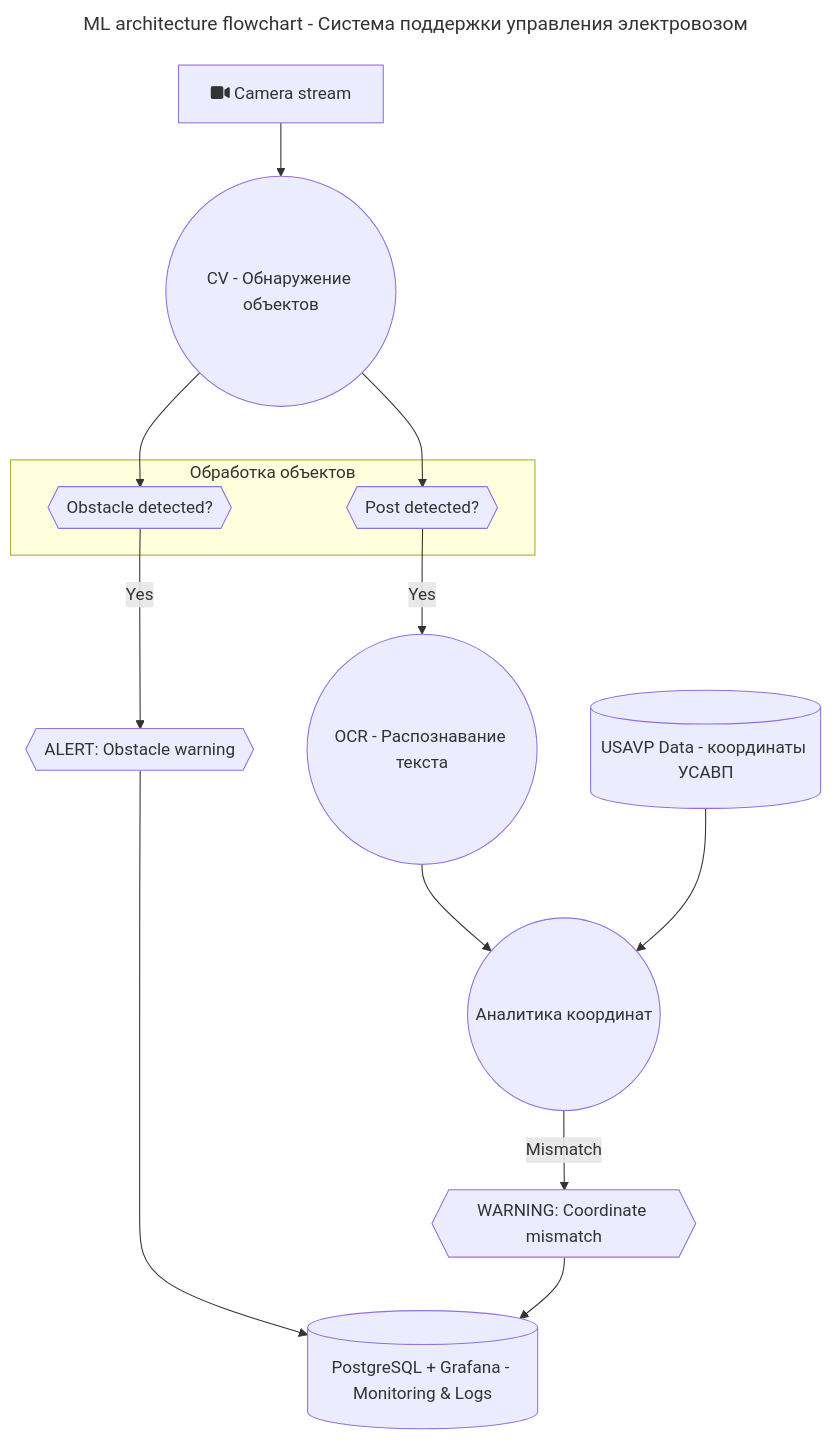
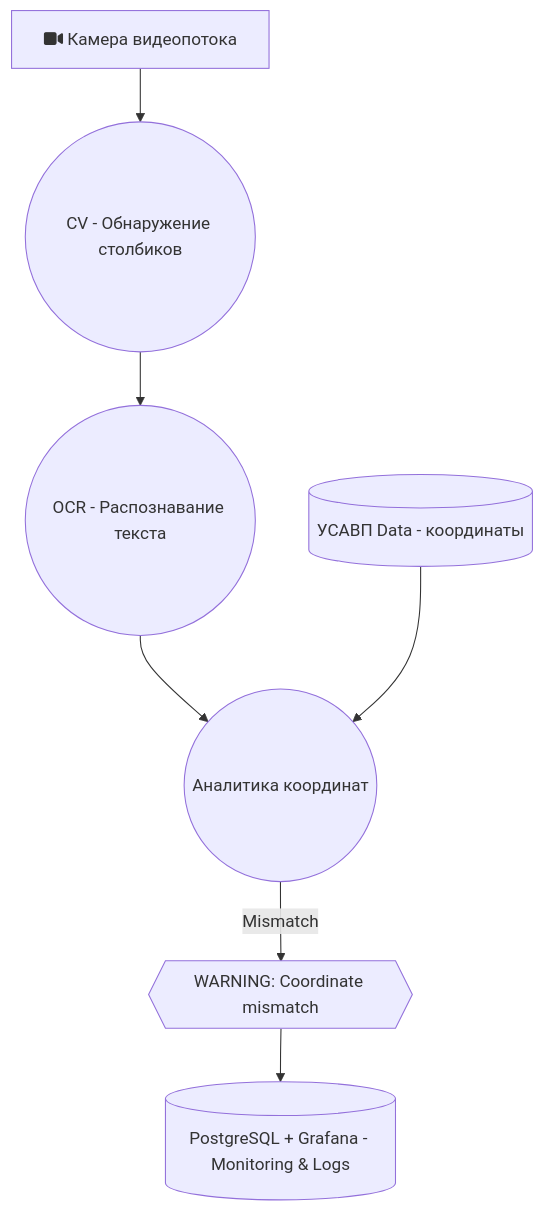
The diagram in docs/ml_system_design_doc.md (erofdmit/ml-system-design-aith), drawn with Mermaid before and after one commit. The commit also changed other lines of this file, not shown here.

````diff
--- a/docs/ml_system_design_doc.md
+++ b/docs/ml_system_design_doc.md
@@ -60,38 +53,14 @@
 ```mermaid
----
-title: ML architecture flowchart - Система поддержки управления электровозом
----
-
 flowchart TD
-    camera[fa:fa-video Camera stream]
-    detection_model((CV - Обнаружение объектов))
-    
-    subgraph Обработка объектов
-        detect_obstacle{{Obstacle detected?}}
-        detect_post{{Post detected?}}
-    end
-
+    camera[fa:fa-video Камера видеопотока]
+    detection_model((CV - Обнаружение столбиков))
     ocr_model((OCR - Распознавание текста))
-    usavp_data[(USAVP Data - координаты УСАВП)]
+    usavp_data[(УСАВП Data - координаты)]
     analysis((Аналитика координат))
-    
-    alert_obstacle{{ALERT: Obstacle warning}}
     alert_mismatch{{WARNING: Coordinate mismatch}}
-
     monitoring[(PostgreSQL + Grafana - Monitoring & Logs)]
 
-    camera --> detection_model
-    detection_model --> detect_obstacle
-    detection_model --> detect_post
-
-    detect_obstacle -- Yes --> alert_obstacle
-    alert_obstacle --> monitoring
-
-    detect_post -- Yes --> ocr_model
-    ocr_model --> analysis
+    camera --> detection_model --> ocr_model --> analysis
     usavp_data --> analysis
-
-    analysis --Mismatch--> alert_mismatch
-    alert_mismatch --> monitoring
-
+    analysis --Mismatch--> alert_mismatch --> monitoring
 ```
````
